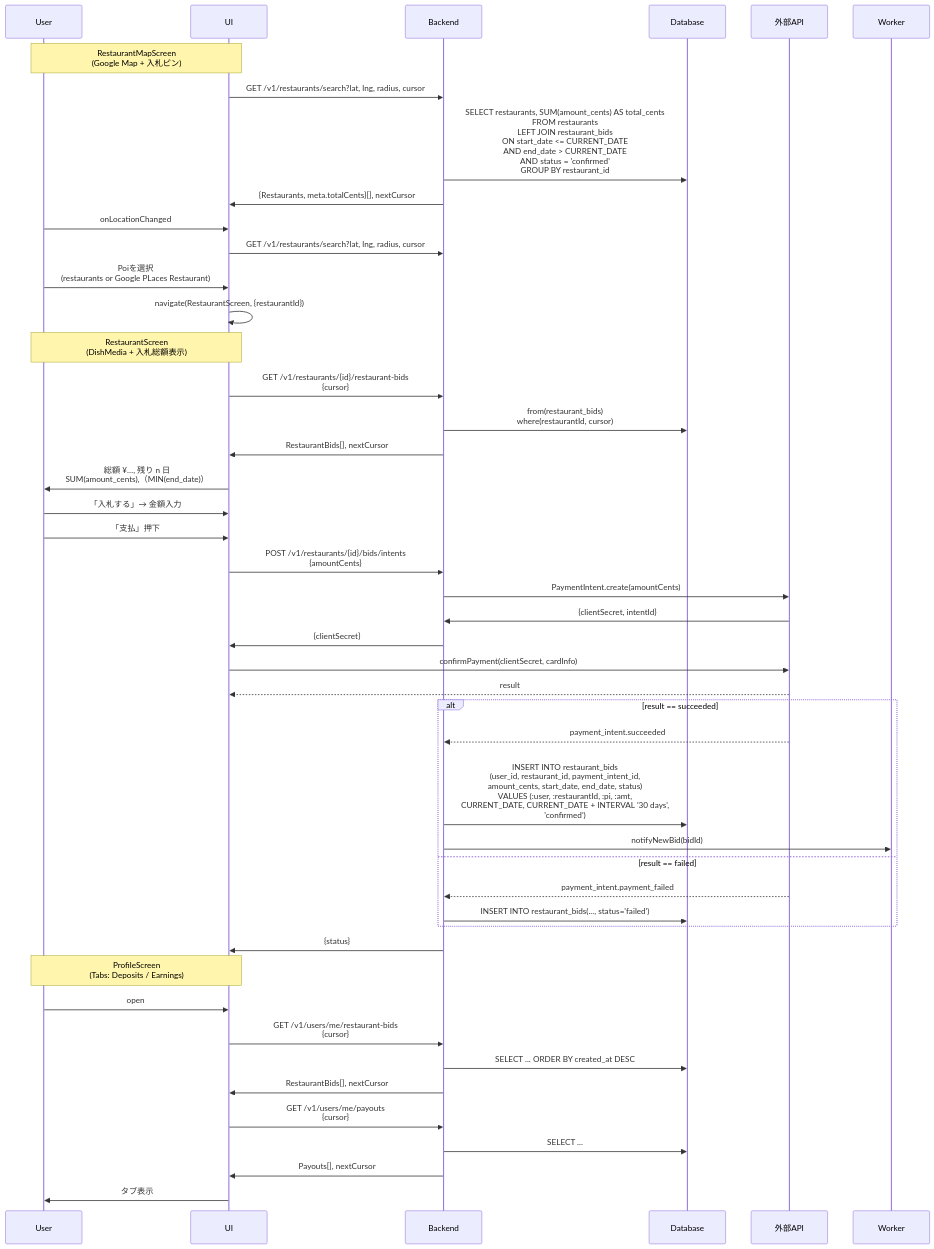
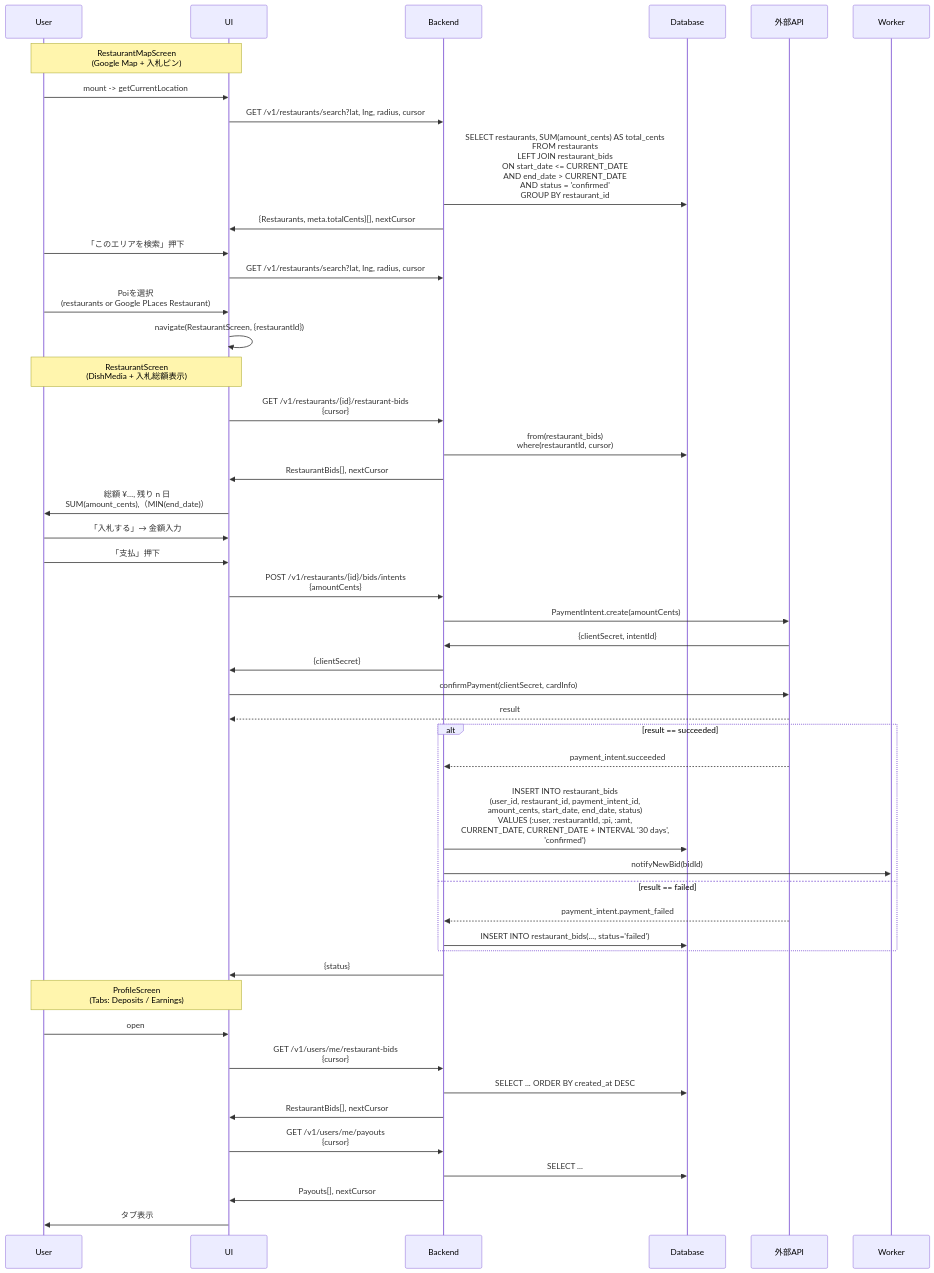
One commit to Ayato-kosaka/nanitabeyo changed the diagram in docs/sequence/ads_bidding.mmd. Above: the diagram before and after it, drawn with Mermaid. The commit also changed 2 other files, not shown here.

Commit message:
feat: update sequence diagrams for restaurant search and review processes; adjust response types for restaurant dish media

```diff
--- a/docs/sequence/ads_bidding.mmd
+++ b/docs/sequence/ads_bidding.mmd
@@ -1,57 +1,58 @@
 sequenceDiagram
     participant User
     participant UI
     participant Backend
     participant Database
     %% (Stripe / Google Places)
     participant ExternalAPI as 外部API  
     %% BullMQ / queue
     participant Worker     
 %% ─────────────────────────────────────────────────────────────────────────
     Note over User,UI: RestaurantMapScreen<br>(Google Map + 入札ピン)
+    User ->> UI: mount -> getCurrentLocation
         UI ->> Backend: GET /v1/restaurants/search?lat, lng, radius, cursor
             Backend ->> Database: SELECT restaurants, SUM(amount_cents) AS total_cents<br>FROM restaurants<br>LEFT JOIN restaurant_bids<br>ON start_date <= CURRENT_DATE<br>AND end_date   >  CURRENT_DATE<br>AND status = 'confirmed'<br>GROUP BY restaurant_id;
             Backend ->> UI: {Restaurants, meta.totalCents}[], nextCursor
-    User ->> UI: onLocationChanged
+    User ->> UI: 「このエリアを検索」押下
         UI ->> Backend: GET /v1/restaurants/search?lat, lng, radius, cursor
     User ->> UI: Poiを選択<br>(restaurants or Google PLaces Restaurant)
         UI ->> UI: navigate(RestaurantScreen, {restaurantId})
 
 %% ─────────────────────────────────────────────────────────────
     Note over User,UI: RestaurantScreen<br>(DishMedia + 入札総額表示)
         UI ->> Backend: GET /v1/restaurants/{id}/restaurant-bids<br>{cursor}
             Backend ->> Database: from(restaurant_bids)<br>where(restaurantId, cursor);
             Backend ->> UI: RestaurantBids[], nextCursor
         UI ->> User: 総額 ¥…, 残り n 日<br>SUM(amount_cents),（MIN(end_date)）
     User ->> UI: 「入札する」→ 金額入力
     User ->> UI: 「支払」押下
         %% PaymentIntent 発行
         UI ->> Backend: POST /v1/restaurants/{id}/bids/intents<br>{amountCents}
             Backend ->> ExternalAPI: PaymentIntent.create(amountCents)
                 ExternalAPI ->> Backend: {clientSecret, intentId}
             Backend ->> UI: {clientSecret}
         %% カード決済
         UI ->> ExternalAPI: confirmPayment(clientSecret, cardInfo)
             ExternalAPI -->> UI: result
     alt result == succeeded
         %% Stripe Webhook
         ExternalAPI -->> Backend: payment_intent.succeeded
             Backend ->> Database: <br>INSERT INTO restaurant_bids<br>(user_id, restaurant_id, payment_intent_id,<br>amount_cents, start_date, end_date, status)<br>VALUES (:user, :restaurantId, :pi, :amt,<br>CURRENT_DATE, CURRENT_DATE + INTERVAL '30 days',<br>'confirmed');
             %% 通知キュー
             Backend ->> Worker: notifyNewBid(bidId)
     else result == failed
         ExternalAPI -->> Backend: payment_intent.payment_failed
             Backend ->> Database: INSERT INTO restaurant_bids(..., status='failed')
     end
     Backend ->> UI: {status}
 
 %% ─────────────────────────────────────────────────────────────
     Note over User,UI: ProfileScreen<br>(Tabs: Deposits / Earnings)
     User ->> UI: open
         UI ->> Backend: GET /v1/users/me/restaurant-bids<br>{cursor}
             Backend ->> Database: SELECT ... ORDER BY created_at DESC
             Backend ->> UI: RestaurantBids[], nextCursor
         UI ->> Backend: GET /v1/users/me/payouts<br>{cursor}
             Backend ->> Database: SELECT ...
             Backend ->> UI: Payouts[], nextCursor
         UI ->> User: タブ表示
```
